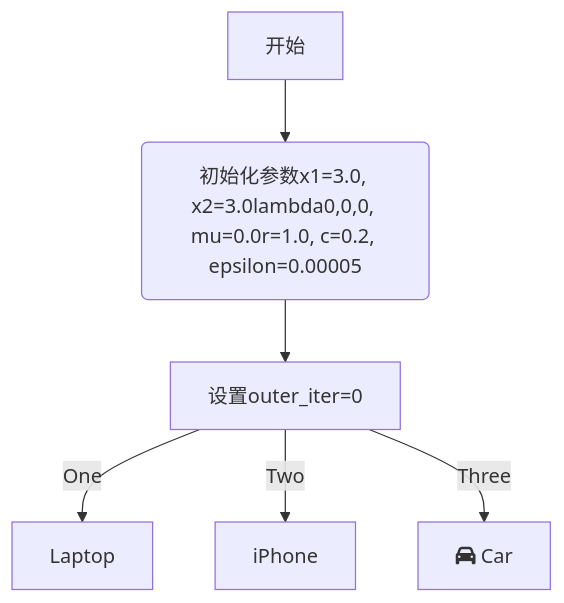
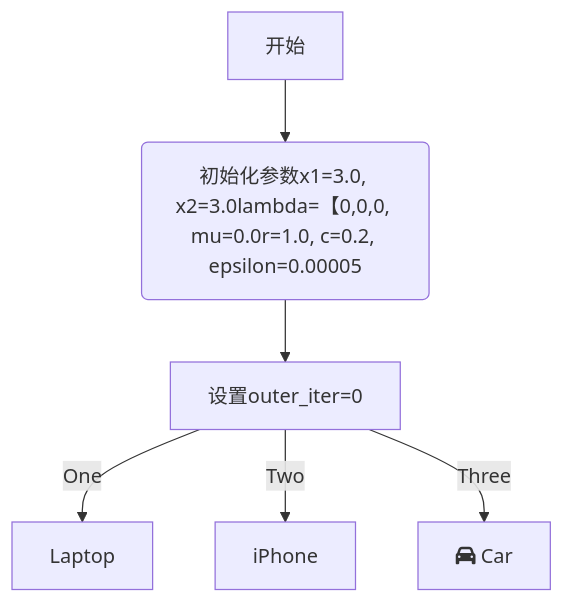
Before and after one commit to xingxingmao123/iodraw-files: the diagram in all/未命名-1.md, drawn with Mermaid.

Commit message:
2025-06-24 14:02:44 update

````diff
--- a/all/未命名-1.md
+++ b/all/未命名-1.md
@@ -1,8 +1,8 @@
 ```mermaid
 graph TD
-    A[开始] --> B(初始化参数x1=3.0, x2=3.0lambda0,0,0, mu=0.0r=1.0, c=0.2, epsilon=0.00005)
+    A[开始] --> B(初始化参数x1=3.0, x2=3.0lambda=【0,0,0, mu=0.0r=1.0, c=0.2, epsilon=0.00005)
     B --> C[设置outer_iter=0]
     C -->|One| D[Laptop]
     C -->|Two| E[iPhone]
     C -->|Three| F[fa:fa-car Car]
 ```
````
